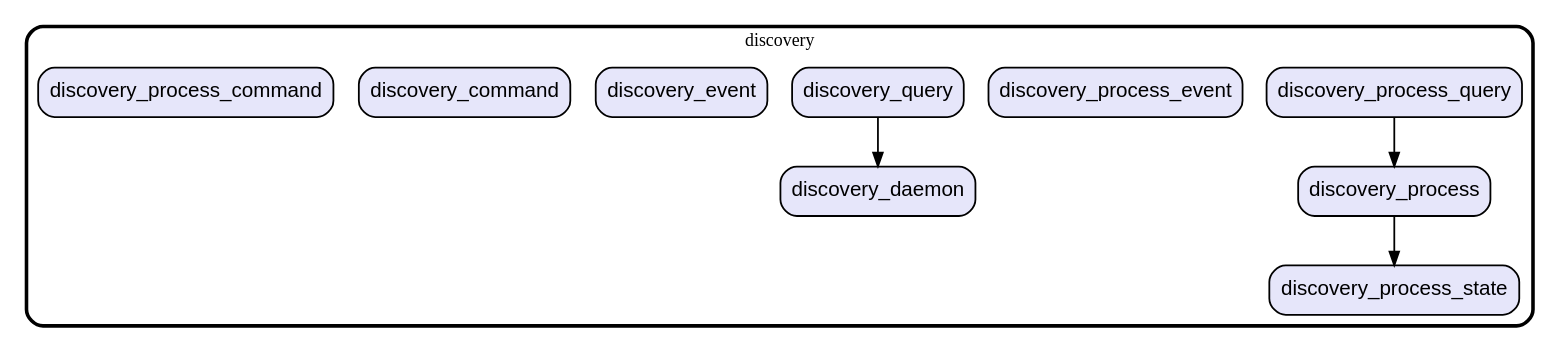
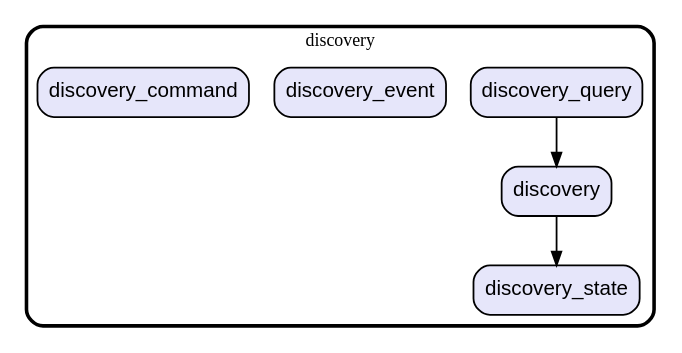
One commit to gev/reacthome-mobile changed the diagram in graph/lib/core/discovery.dot. Above: the diagram before and after it, drawn with Graphviz. The commit also changed 13 other files, not shown here.

Commit message:
update the modules dependencies graph

```diff
--- a/graph/lib/core/discovery.dot
+++ b/graph/lib/core/discovery.dot
@@ -1,29 +1,20 @@
 digraph "" {
   graph [style=rounded fontname="Arial Black" fontsize=13 penwidth=2.6];
   node [shape=rect style="filled,rounded" fontname=Arial fontsize=15 fillcolor=Lavender penwidth=1.3];
   edge [penwidth=1.3];
-  "/discovery_process_query.dart" [label="discovery_process_query"];
-  "/discovery_process_event.dart" [label="discovery_process_event"];
-  "/discovery_daemon.dart" [label="discovery_daemon"];
-  "/discovery_process.dart" [label="discovery_process"];
+  "/discovery_state.dart" [label="discovery_state"];
   "/discovery_query.dart" [label="discovery_query"];
   "/discovery_event.dart" [label="discovery_event"];
   "/discovery_command.dart" [label="discovery_command"];
-  "/discovery_process_state.dart" [label="discovery_process_state"];
-  "/discovery_process_command.dart" [label="discovery_process_command"];
+  "/discovery.dart" [label="discovery"];
   subgraph "cluster~" {
     label="discovery";
-    "/discovery_process_query.dart";
-    "/discovery_process_event.dart";
-    "/discovery_daemon.dart";
-    "/discovery_process.dart";
+    "/discovery_state.dart";
     "/discovery_query.dart";
     "/discovery_event.dart";
     "/discovery_command.dart";
-    "/discovery_process_state.dart";
-    "/discovery_process_command.dart";
+    "/discovery.dart";
   }
-  "/discovery_process_query.dart" -> "/discovery_process.dart";
-  "/discovery_process.dart" -> "/discovery_process_state.dart";
-  "/discovery_query.dart" -> "/discovery_daemon.dart";
+  "/discovery_query.dart" -> "/discovery.dart";
+  "/discovery.dart" -> "/discovery_state.dart";
 }
```
